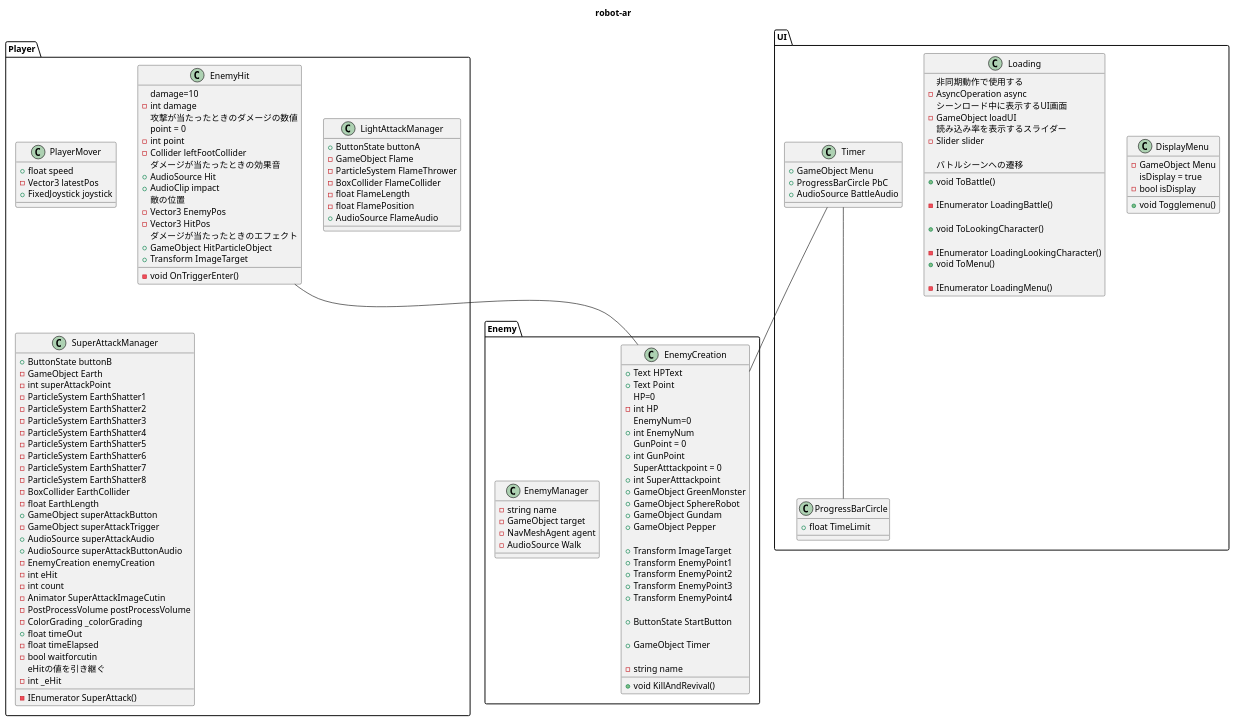
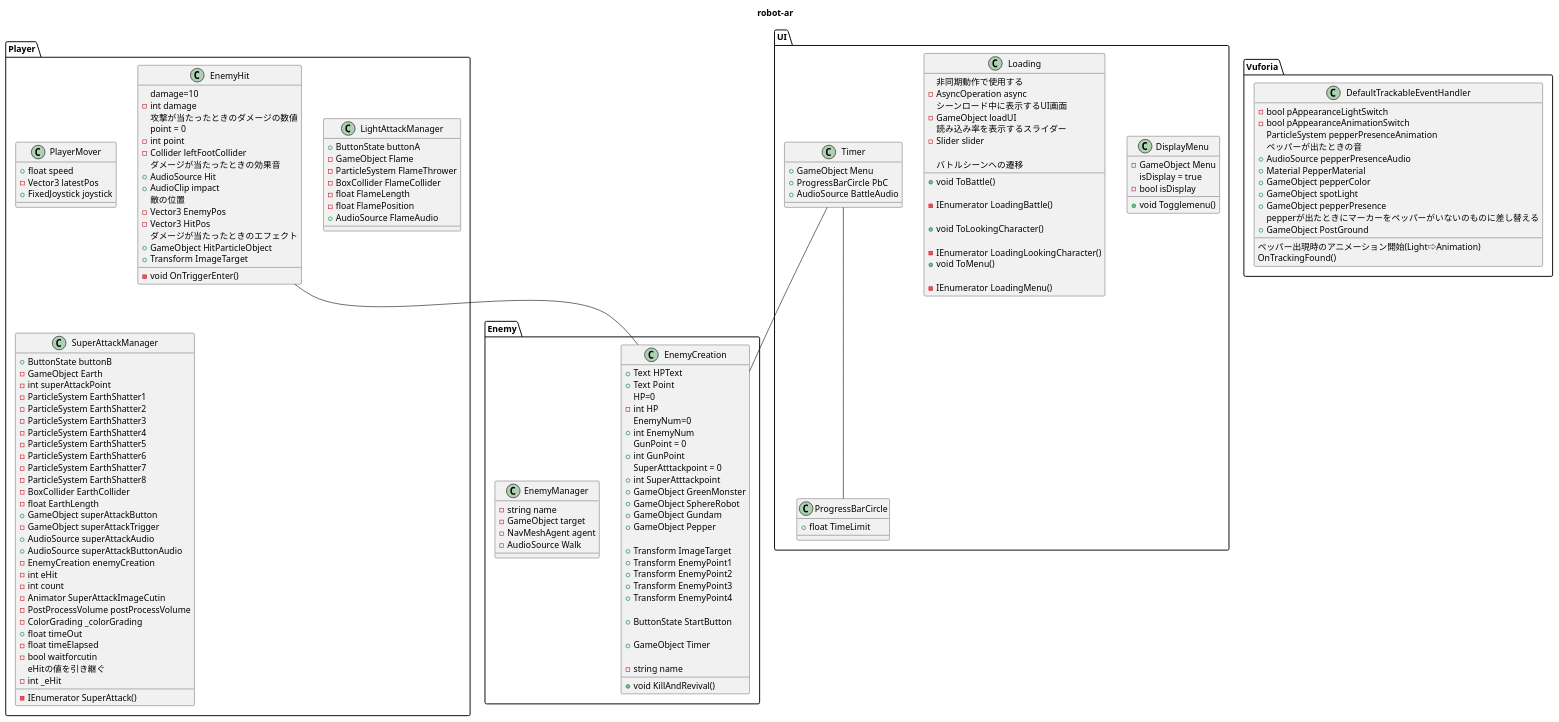
Before and after one commit to masaki11111/robot-ar: the diagram in plantuml/uml.pu, drawn with PlantUML. The commit also changed 18 other files, not shown here.

```diff
--- a/plantuml/uml.pu
+++ b/plantuml/uml.pu
@@ -1,165 +1,183 @@
 @startuml robot-ar
 title robot-ar
 package Enemy{
     class EnemyCreation {
 
         + Text HPText
         + Text Point
         HP=0
         - int HP
         EnemyNum=0
         + int EnemyNum
         GunPoint = 0
         + int GunPoint
         SuperAtttackpoint = 0
         + int SuperAtttackpoint
         + GameObject GreenMonster
         + GameObject SphereRobot
         + GameObject Gundam
         + GameObject Pepper
 
         + Transform ImageTarget
         + Transform EnemyPoint1
         + Transform EnemyPoint2
         + Transform EnemyPoint3
         + Transform EnemyPoint4
 
         + ButtonState StartButton
 
         + GameObject Timer
 
         - string name
 
         + void KillAndRevival()
     }
 
     class EnemyManager {
         - string name
         - GameObject target
         - NavMeshAgent agent
         - AudioSource Walk
     }
 }
 
 package Player{
 
     class PlayerMover{
         + float speed
         - Vector3 latestPos
         + FixedJoystick joystick
-    
+
     }
 
     class LightAttackManager{
         + ButtonState buttonA
         - GameObject Flame
         - ParticleSystem FlameThrower
         - BoxCollider FlameCollider
         - float FlameLength
         - float FlamePosition
         + AudioSource FlameAudio
 
     }
 
     class SuperAttackManager{
-        + ButtonState buttonB  
+        + ButtonState buttonB
         - GameObject Earth
         - int superAttackPoint
         - ParticleSystem EarthShatter1
         - ParticleSystem EarthShatter2
         - ParticleSystem EarthShatter3
         - ParticleSystem EarthShatter4
         - ParticleSystem EarthShatter5
         - ParticleSystem EarthShatter6
         - ParticleSystem EarthShatter7
         - ParticleSystem EarthShatter8
         - BoxCollider EarthCollider
         - float EarthLength
         + GameObject superAttackButton
         - GameObject superAttackTrigger
         + AudioSource superAttackAudio
         + AudioSource superAttackButtonAudio
         - EnemyCreation enemyCreation
         - int eHit
         - int count
         - Animator SuperAttackImageCutin
         - PostProcessVolume postProcessVolume
         - ColorGrading _colorGrading
         + float timeOut
         - float timeElapsed
         - bool waitforcutin
         eHitの値を引き継ぐ
         - int _eHit
         - IEnumerator SuperAttack()
 
-    
+
     }
 
     class EnemyHit{
         damage=10
         - int damage
         攻撃が当たったときのダメージの数値
         point = 0
         - int point
         - Collider leftFootCollider
         ダメージが当たったときの効果音
         + AudioSource Hit
         + AudioClip impact
         敵の位置
         - Vector3 EnemyPos
         - Vector3 HitPos
         ダメージが当たったときのエフェクト
         + GameObject HitParticleObject
         + Transform ImageTarget
 
         - void OnTriggerEnter()
 
 
     }
 
 }
 
 package UI{
     class DisplayMenu{
         - GameObject Menu
         isDisplay = true
         - bool isDisplay
         + void Togglemenu()
     }
 
     class Loading{
         非同期動作で使用する
         - AsyncOperation async
         シーンロード中に表示するUI画面
         - GameObject loadUI
         読み込み率を表示するスライダー
         - Slider slider
 
         バトルシーンへの遷移
         + void ToBattle()
 
         - IEnumerator LoadingBattle()
 
         + void ToLookingCharacter()
 
         - IEnumerator LoadingLookingCharacter()
         + void ToMenu()
 
         -IEnumerator LoadingMenu()
 
     }
 
     class ProgressBarCircle{
         + float TimeLimit
     }
     class Timer{
-    + GameObject Menu
-	+ ProgressBarCircle PbC
-	+ AudioSource BattleAudio
+        + GameObject Menu
+        + ProgressBarCircle PbC
+        + AudioSource BattleAudio
+    }
+
+}
+package Vuforia{
+    class  DefaultTrackableEventHandler{
+        ペッパー出現時のアニメーション開始(Light⇨Animation)
+        - bool pAppearanceLightSwitch
+        - bool pAppearanceAnimationSwitch
+        ParticleSystem pepperPresenceAnimation
+        ペッパーが出たときの音
+        + AudioSource pepperPresenceAudio
+        + Material PepperMaterial
+        + GameObject pepperColor
+        + GameObject spotLight
+        + GameObject pepperPresence
+        pepperが出たときにマーカーをペッパーがいないのものに差し替える
+        + GameObject PostGround
+        OnTrackingFound()
     }
 }
 
 EnemyHit -- EnemyCreation
 Timer -- ProgressBarCircle
 Timer -- EnemyCreation
 @enduml
```
